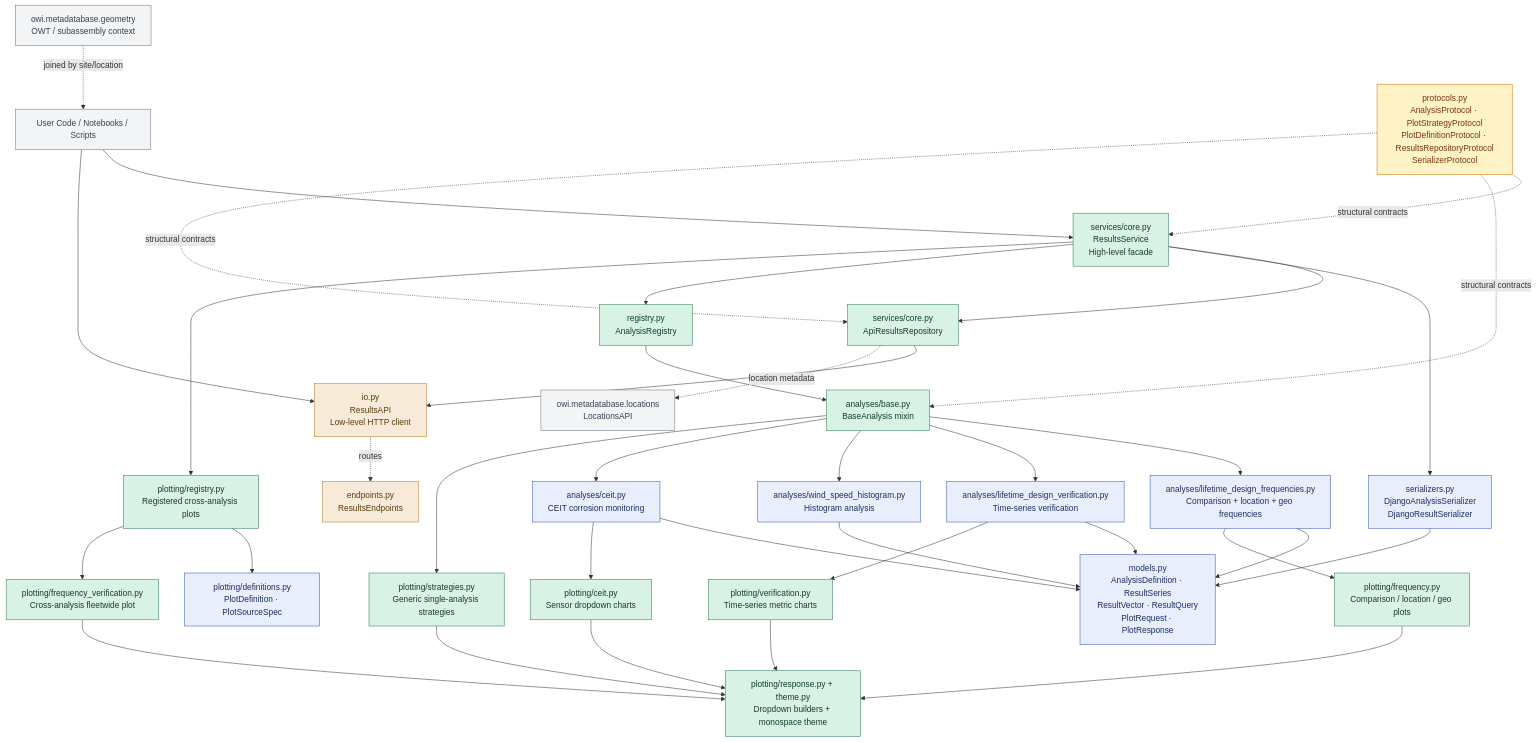
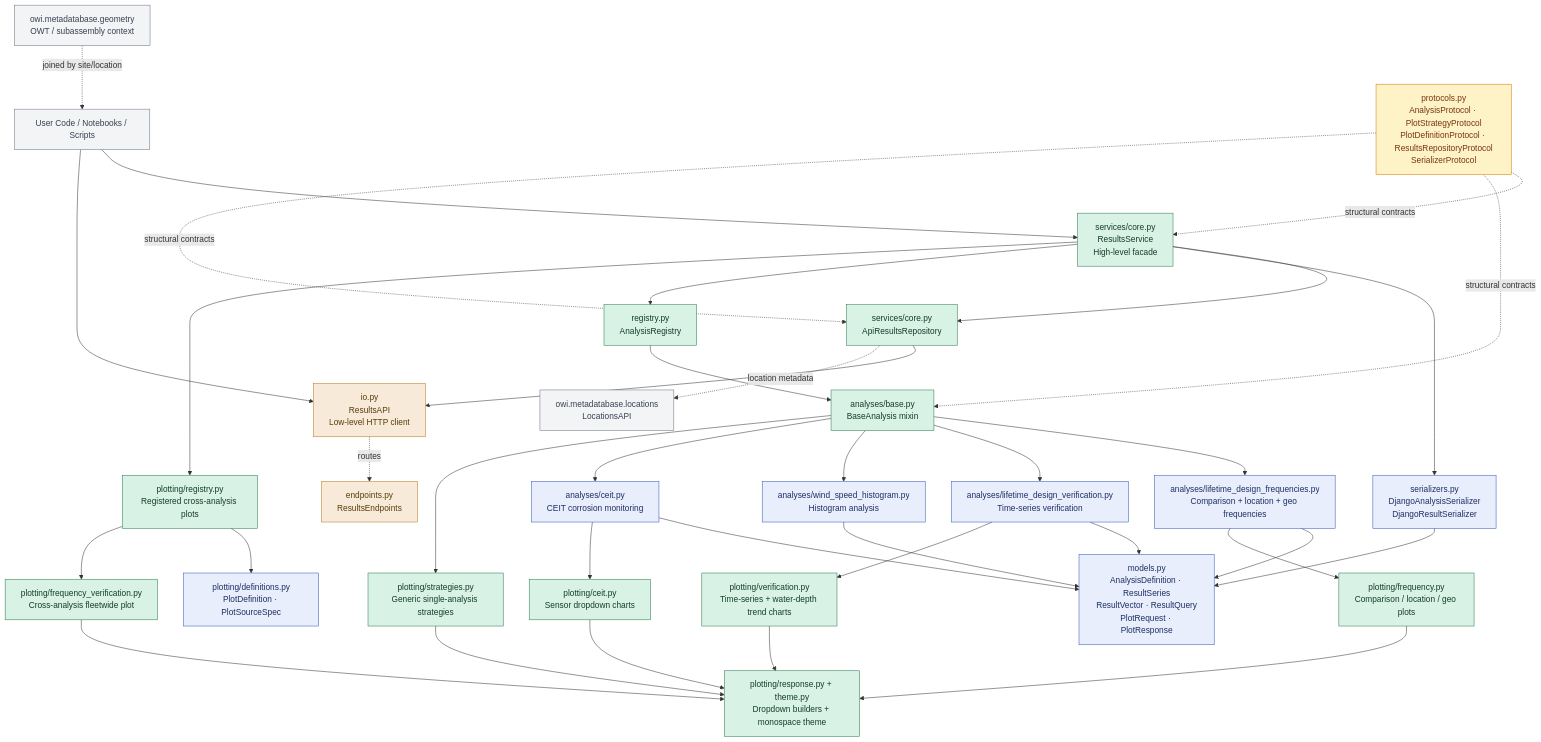
Before and after one commit to OWI-Lab/owi-metadatabase-results-sdk: the first of 2 diagrams in README.md, drawn with Mermaid. The commit also changed 9 other files, not shown here.

Commit message:
add: plot verification frequencies against water depth

````diff
--- a/README.md
+++ b/README.md
@@ -61,60 +61,60 @@
 ```mermaid
 flowchart TD
   User[User Code / Notebooks / Scripts] --> Service[services/core.py\nResultsService\nHigh-level facade]
   User --> API[io.py\nResultsAPI\nLow-level HTTP client]
 
   Service --> Repo[services/core.py\nApiResultsRepository]
   Repo --> API
   API -. routes .-> Endpoints[endpoints.py\nResultsEndpoints]
 
   Service --> Serializers[serializers.py\nDjangoAnalysisSerializer\nDjangoResultSerializer]
   Service --> Registry[registry.py\nAnalysisRegistry]
   Service --> PlotRegistry[plotting/registry.py\nRegistered cross-analysis plots]
   Serializers --> Models
 
   Registry --> BaseAnalysis[analyses/base.py\nBaseAnalysis mixin]
   PlotRegistry --> PlotDefs[plotting/definitions.py\nPlotDefinition · PlotSourceSpec]
 
   BaseAnalysis --> Freq[analyses/lifetime_design_frequencies.py\nComparison + location + geo frequencies]
   BaseAnalysis --> Verify[analyses/lifetime_design_verification.py\nTime-series verification]
   BaseAnalysis --> Hist[analyses/wind_speed_histogram.py\nHistogram analysis]
   BaseAnalysis --> CEIT[analyses/ceit.py\nCEIT corrosion monitoring]
 
   Freq --> Models[models.py\nAnalysisDefinition · ResultSeries\nResultVector · ResultQuery\nPlotRequest · PlotResponse]
   Verify --> Models
   Hist --> Models
   CEIT --> Models
 
   Protocols[protocols.py\nAnalysisProtocol · PlotStrategyProtocol\nPlotDefinitionProtocol · ResultsRepositoryProtocol\nSerializerProtocol] -. structural contracts .-> Service
   Protocols -. structural contracts .-> BaseAnalysis
   Protocols -. structural contracts .-> Repo
 
   BaseAnalysis --> GenericPlots[plotting/strategies.py\nGeneric single-analysis strategies]
   Freq --> FreqPlots[plotting/frequency.py\nComparison / location / geo plots]
-  Verify --> VerifyPlots[plotting/verification.py\nTime-series metric charts]
+  Verify --> VerifyPlots[plotting/verification.py\nTime-series + water-depth trend charts]
   PlotRegistry --> FreqVerifyPlots[plotting/frequency_verification.py\nCross-analysis fleetwide plot]
   CEIT --> CeitPlots[plotting/ceit.py\nSensor dropdown charts]
 
   GenericPlots --> PlotWidgets[plotting/response.py + theme.py\nDropdown builders + monospace theme]
   FreqPlots --> PlotWidgets
   VerifyPlots --> PlotWidgets
   FreqVerifyPlots --> PlotWidgets
   CeitPlots --> PlotWidgets
 
   Repo -. location metadata .-> Locations[owi.metadatabase.locations\nLocationsAPI]
   Geometry[owi.metadatabase.geometry\nOWT / subassembly context] -. joined by site/location .-> User
 
   classDef core fill:#d9f2e6,stroke:#2c7a4b,color:#143d28;
   classDef domain fill:#e8eefc,stroke:#3559b7,color:#1e2f63;
   classDef infra fill:#f7ead9,stroke:#b7791f,color:#5a3d0c;
   classDef external fill:#f3f4f6,stroke:#6b7280,color:#374151;
   classDef contract fill:#fef3c7,stroke:#d97706,color:#78350f;
 
   class Service,Repo,Registry,PlotRegistry,BaseAnalysis core;
   class GenericPlots,FreqPlots,VerifyPlots,FreqVerifyPlots,CeitPlots,PlotWidgets core;
   class Freq,Verify,Hist,CEIT,Models,Serializers domain;
   class PlotDefs domain;
   class API,Endpoints infra;
   class User,Locations,Geometry external;
   class Protocols contract;
 ```
````
